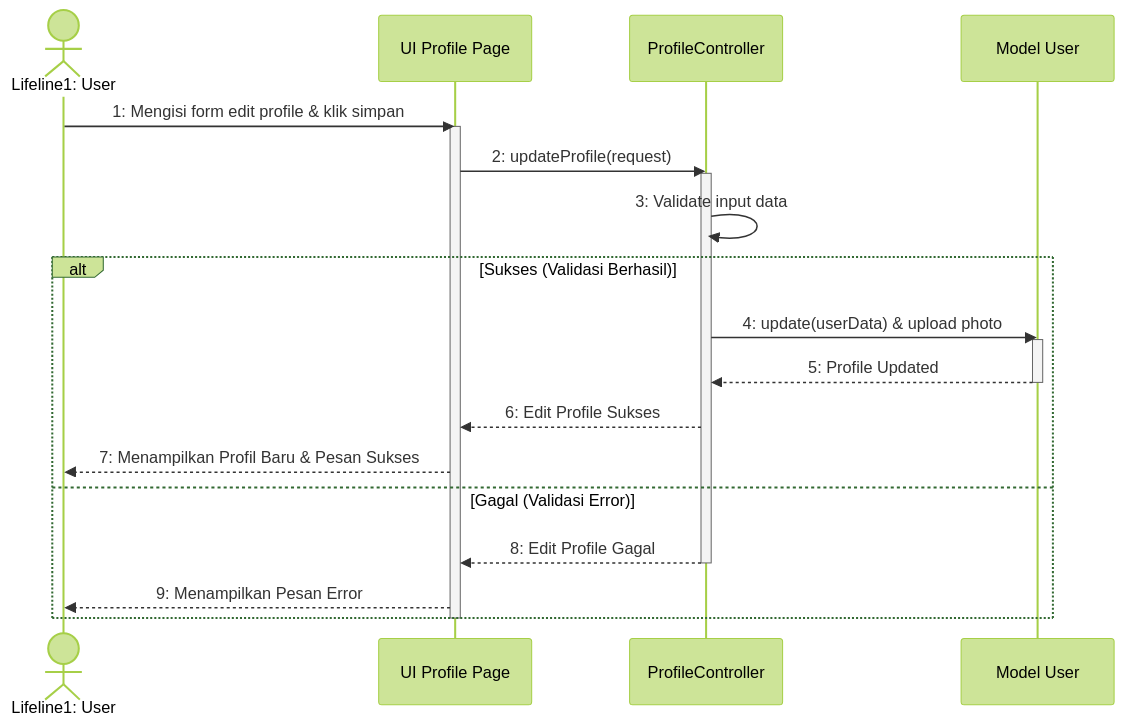
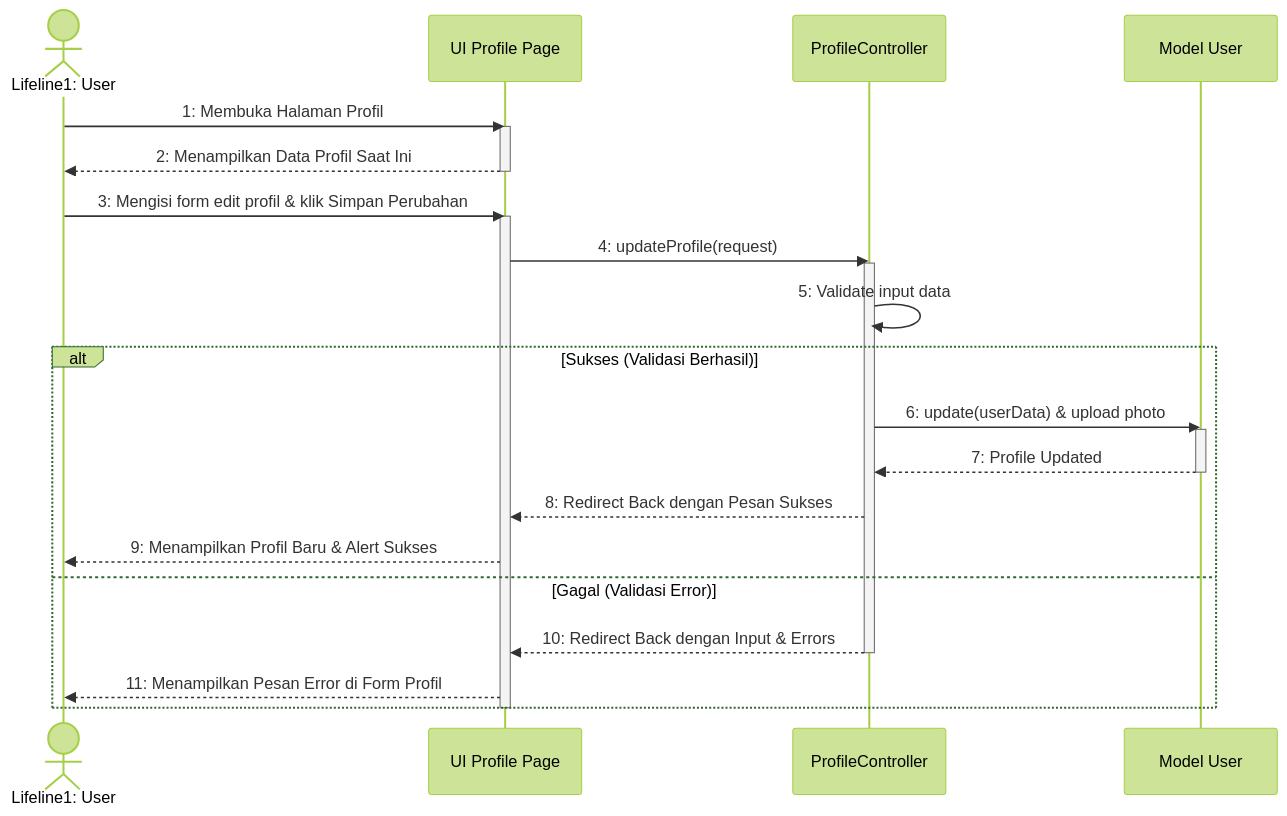
The diagram in docs/uml/Sequence Diagram/User/sequence_diagram_edit_profile.md (Duandi04/ta_submission), drawn with Mermaid (forest theme) before and after one commit. The commit also changed 28 other files, not shown here.

Commit message:
refactor: implement program study settings and update UML documentation for Kaprodi configuration

````diff
--- a/docs/uml/Sequence Diagram/User/sequence_diagram_edit_profile.md
+++ b/docs/uml/Sequence Diagram/User/sequence_diagram_edit_profile.md
@@ -5,27 +5,32 @@
 ```mermaid
 sequenceDiagram
     actor User as Lifeline1: User
     participant UI as UI Profile Page
     participant Ctrl as ProfileController
     participant Model as Model User
 
-    User->>UI: 1: Mengisi form edit profile & klik simpan
+    User->>UI: 1: Membuka Halaman Profil
     activate UI
-    UI->>Ctrl: 2: updateProfile(request)
+    UI-->>User: 2: Menampilkan Data Profil Saat Ini
+    deactivate UI
+
+    User->>UI: 3: Mengisi form edit profil & klik Simpan Perubahan
+    activate UI
+    UI->>Ctrl: 4: updateProfile(request)
     activate Ctrl
-    Ctrl->>Ctrl: 3: Validate input data
+    Ctrl->>Ctrl: 5: Validate input data
     
     alt Sukses (Validasi Berhasil)
-        Ctrl->>Model: 4: update(userData) & upload photo
+        Ctrl->>Model: 6: update(userData) & upload photo
         activate Model
-        Model-->>Ctrl: 5: Profile Updated
+        Model-->>Ctrl: 7: Profile Updated
         deactivate Model
-        Ctrl-->>UI: 6: Edit Profile Sukses
-        UI-->>User: 7: Menampilkan Profil Baru & Pesan Sukses
+        Ctrl-->>UI: 8: Redirect Back dengan Pesan Sukses
+        UI-->>User: 9: Menampilkan Profil Baru & Alert Sukses
     else Gagal (Validasi Error)
-        Ctrl-->>UI: 8: Edit Profile Gagal
+        Ctrl-->>UI: 10: Redirect Back dengan Input & Errors
         deactivate Ctrl
-        UI-->>User: 9: Menampilkan Pesan Error
+        UI-->>User: 11: Menampilkan Pesan Error di Form Profil
     end
     deactivate UI
 ```
````
